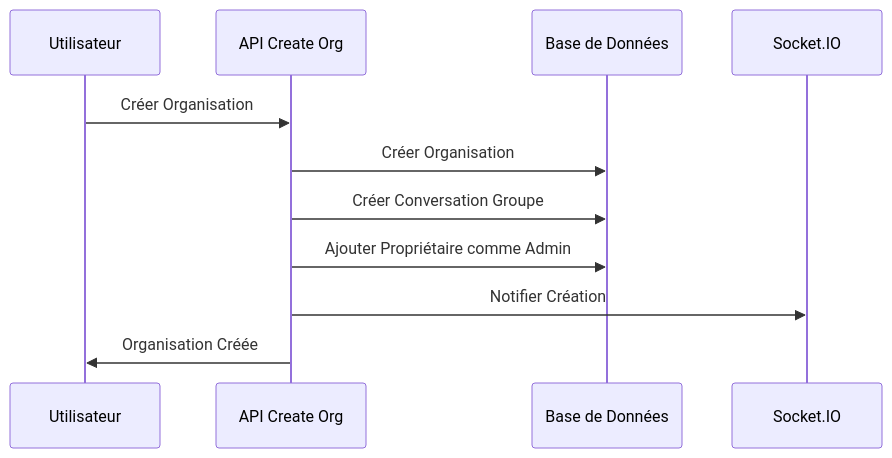
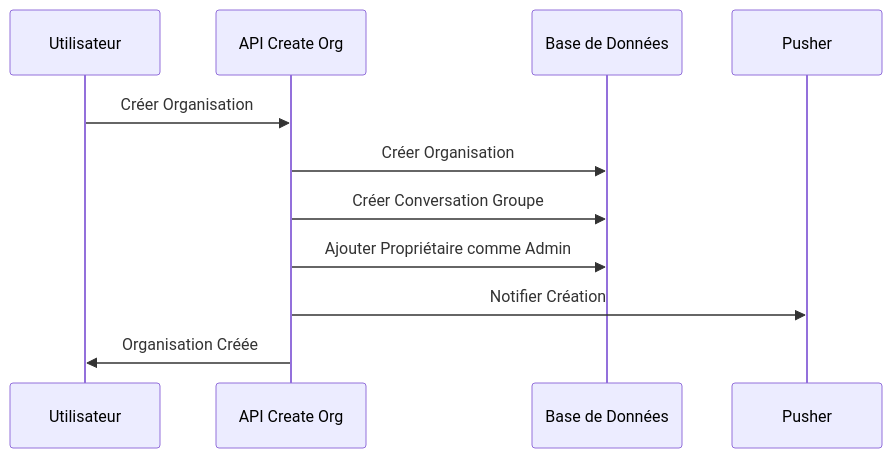
Before and after one commit to michel-DC/Teamify: the second of 5 diagrams in docs/messagerie.md, drawn with Mermaid. The commit also changed other lines of this file, not shown here.

Commit message:
Refactor messaging system to replace Socket.IO with Pusher for real-time communication. Update related components, hooks, and documentation to reflect the new architecture. Fix connection logic in conversation components to ensure proper channel subscriptions and state management.

````diff
--- a/docs/messagerie.md
+++ b/docs/messagerie.md
@@ -173,14 +173,14 @@
 ```mermaid
 sequenceDiagram
     participant U as Utilisateur
     participant A as API Create Org
     participant DB as Base de Données
-    participant S as Socket.IO
+    participant S as Pusher
 
     U->>A: Créer Organisation
     A->>DB: Créer Organisation
     A->>DB: Créer Conversation Groupe
     A->>DB: Ajouter Propriétaire comme Admin
     A->>S: Notifier Création
     A->>U: Organisation Créée
 ```
````
